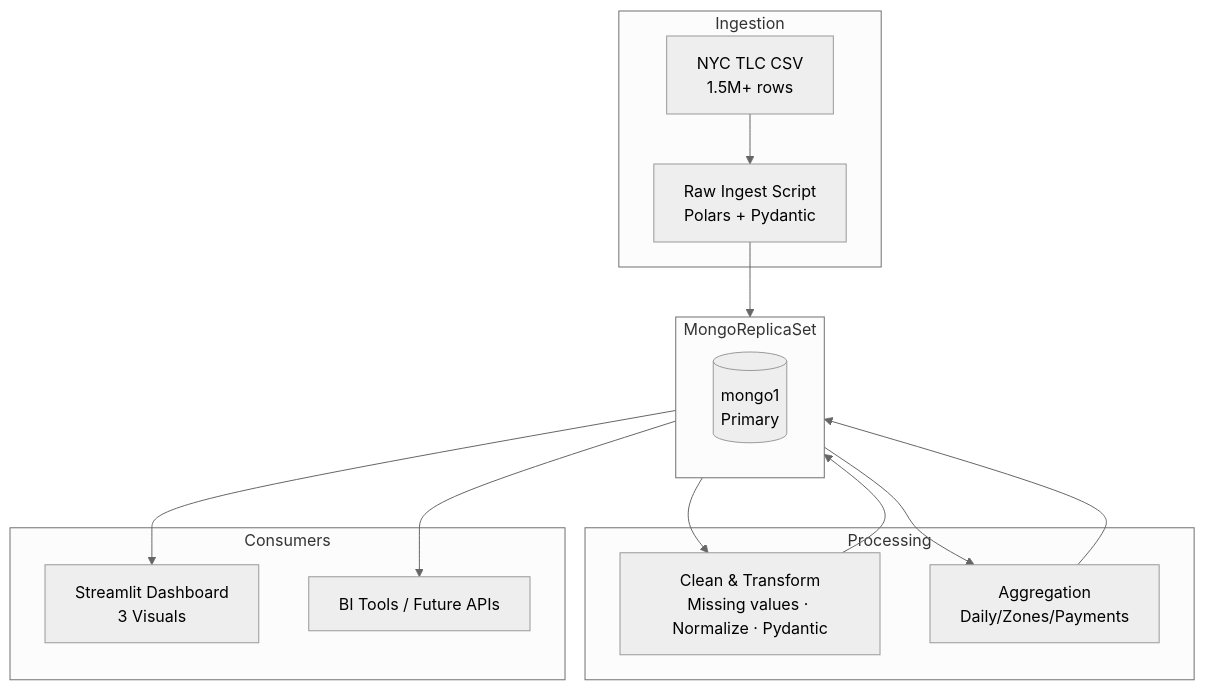
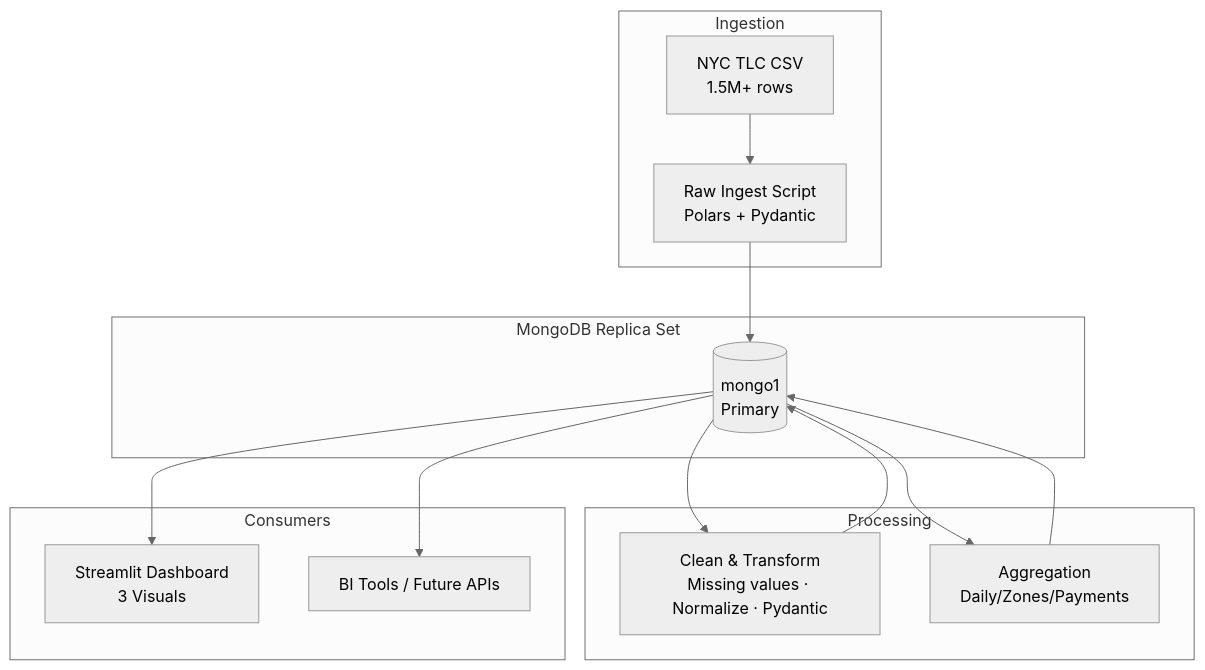
Before and after one commit to Eswar3605/bigdata-mongo-taxi: the diagram in architecture/architecture_diagram.mmd, drawn with Mermaid (neutral theme). The commit also changed 1 other file, not shown here.

Commit message:
Fix Mermaid diagram syntax for GitHub compatibility

````diff
--- a/architecture/architecture_diagram.mmd
+++ b/architecture/architecture_diagram.mmd
@@ -1,28 +1,30 @@
 ```mermaid
 flowchart TB
-    subgraph Ingestion
-        A[NYC TLC CSV<br/>1.5M+ rows]
-        B[Raw Ingest Script<br/>Polars + Pydantic]
+    subgraph Ingestion["Ingestion"]
+        A["NYC TLC CSV<br/>1.5M+ rows"]
+        B["Raw Ingest Script<br/>Polars + Pydantic"]
     end
 
-    subgraph MongoReplicaSet
-        direction LR
-        M1[(mongo1<br/>Primary)]
+    subgraph MongoReplicaSet["MongoDB Replica Set"]
+        M1[("mongo1<br/>Primary")]
     end
 
-    subgraph Processing
-        C[Clean & Transform<br/>Missing values · Normalize · Pydantic]
-        D[Aggregation<br/>Daily/Zones/Payments]
+    subgraph Processing["Processing"]
+        C["Clean & Transform<br/>Missing values · Normalize · Pydantic"]
+        D["Aggregation<br/>Daily/Zones/Payments"]
     end
 
-    subgraph Consumers
-        E[Streamlit Dashboard<br/>3 Visuals]
-        F[BI Tools / Future APIs]
+    subgraph Consumers["Consumers"]
+        E["Streamlit Dashboard<br/>3 Visuals"]
+        F["BI Tools / Future APIs"]
     end
 
-    A --> B --> M1
-    M1 --> C --> M1
-    M1 --> D --> M1
+    A --> B
+    B --> M1
+    M1 --> C
+    C --> M1
+    M1 --> D
+    D --> M1
     M1 --> E
     M1 --> F
 ```
````
